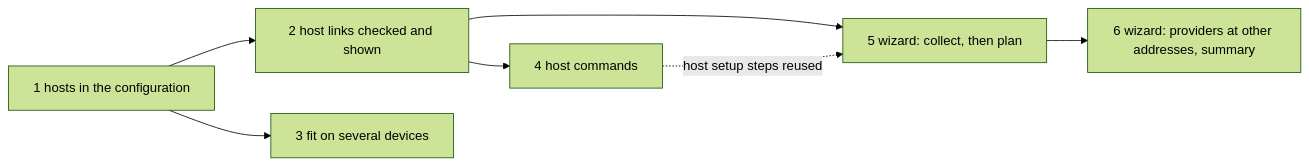
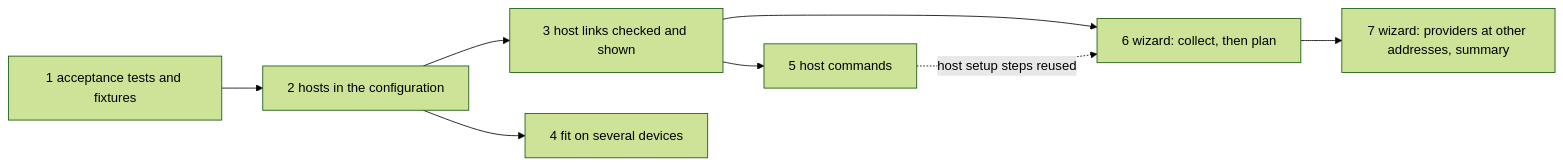
One commit to ibm-granite-community/granite-cli changed the third of 3 diagrams in docs/specs/0033-hosts-and-setup.md. Above: the diagram before and after it, drawn with Mermaid (forest theme). The commit also changed other lines of this file, not shown here.

````diff
--- a/docs/specs/0033-hosts-and-setup.md
+++ b/docs/specs/0033-hosts-and-setup.md
@@ -874,9 +1032,10 @@
 ```mermaid
 flowchart LR
-  s1["1 hosts in the configuration"] --> s2["2 host links checked and shown"]
-  s1 --> s3["3 fit on several devices"]
-  s2 --> s4["4 host commands"]
-  s2 --> s5["5 wizard: collect, then plan"]
-  s4 -. "host setup steps reused" .-> s5
-  s5 --> s6["6 wizard: providers at other addresses, summary"]
+  s1["1 acceptance tests and fixtures"] --> s2["2 hosts in the configuration"]
+  s2 --> s3["3 host links checked and shown"]
+  s2 --> s4["4 fit on several devices"]
+  s3 --> s5["5 host commands"]
+  s3 --> s6["6 wizard: collect, then plan"]
+  s5 -. "host setup steps reused" .-> s6
+  s6 --> s7["7 wizard: providers at other addresses, summary"]
 ```
````
